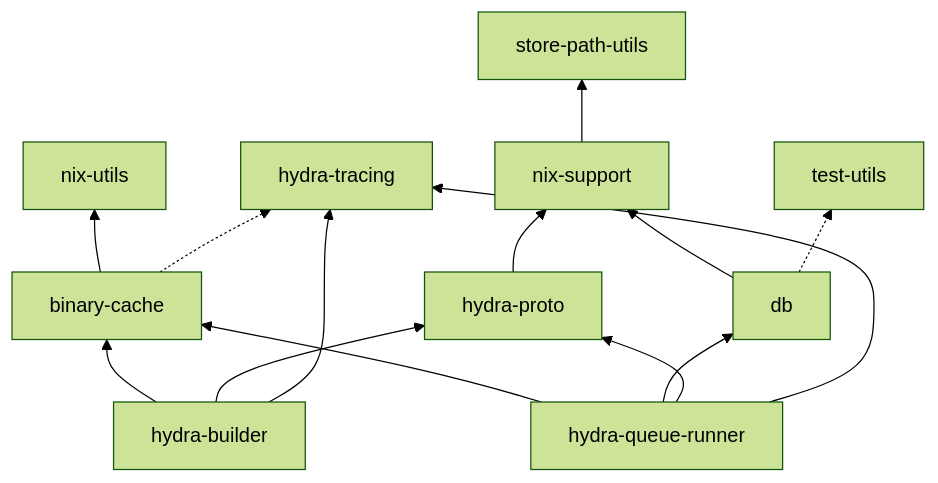
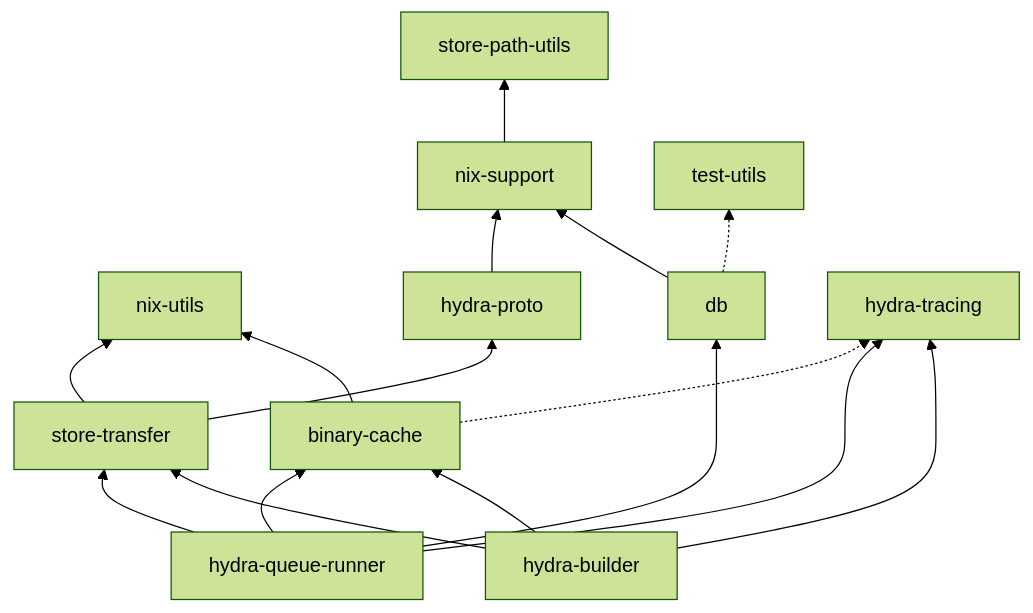
One commit to NixOS/hydra changed the diagram in subprojects/hydra-manual/src/architecture.md. Above: the diagram before and after it, drawn with Mermaid (forest theme). The commit also changed other lines of this file and 19 other files, not shown here.

````diff
--- a/subprojects/hydra-manual/src/architecture.md
+++ b/subprojects/hydra-manual/src/architecture.md
@@ -62,16 +62,18 @@
 ```mermaid
 graph BT
     binary-cache --> nix-utils
     nix-support --> store-path-utils
     db --> nix-support
     hydra-proto --> nix-support
+    store-transfer --> hydra-proto
+    store-transfer --> nix-utils
     hydra-builder --> binary-cache
-    hydra-builder --> hydra-proto
     hydra-builder --> hydra-tracing
+    hydra-builder --> store-transfer
     hydra-queue-runner --> binary-cache
     hydra-queue-runner --> db
-    hydra-queue-runner --> hydra-proto
     hydra-queue-runner --> hydra-tracing
+    hydra-queue-runner --> store-transfer
     binary-cache -.-> hydra-tracing
     db -.-> test-utils
 ```
````
